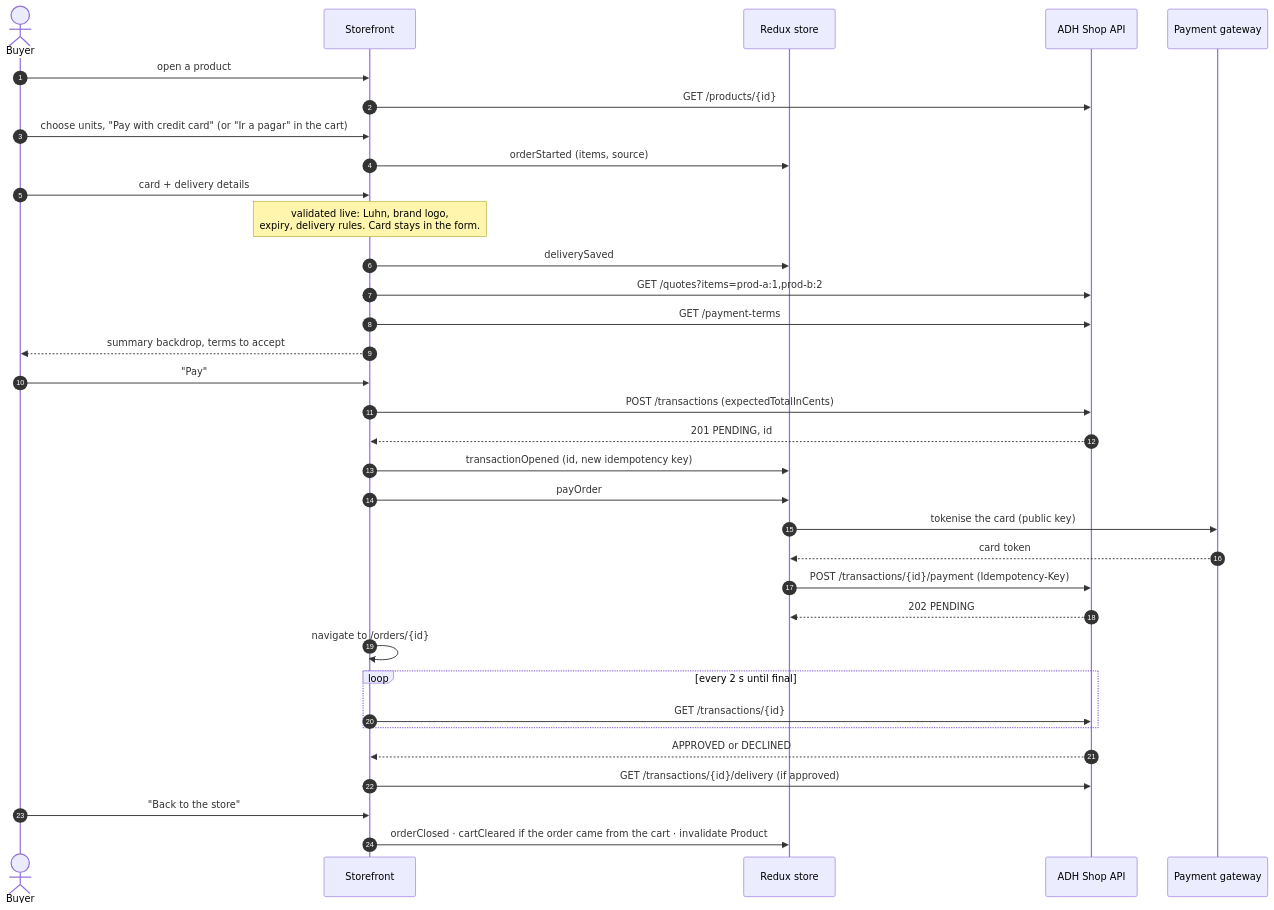
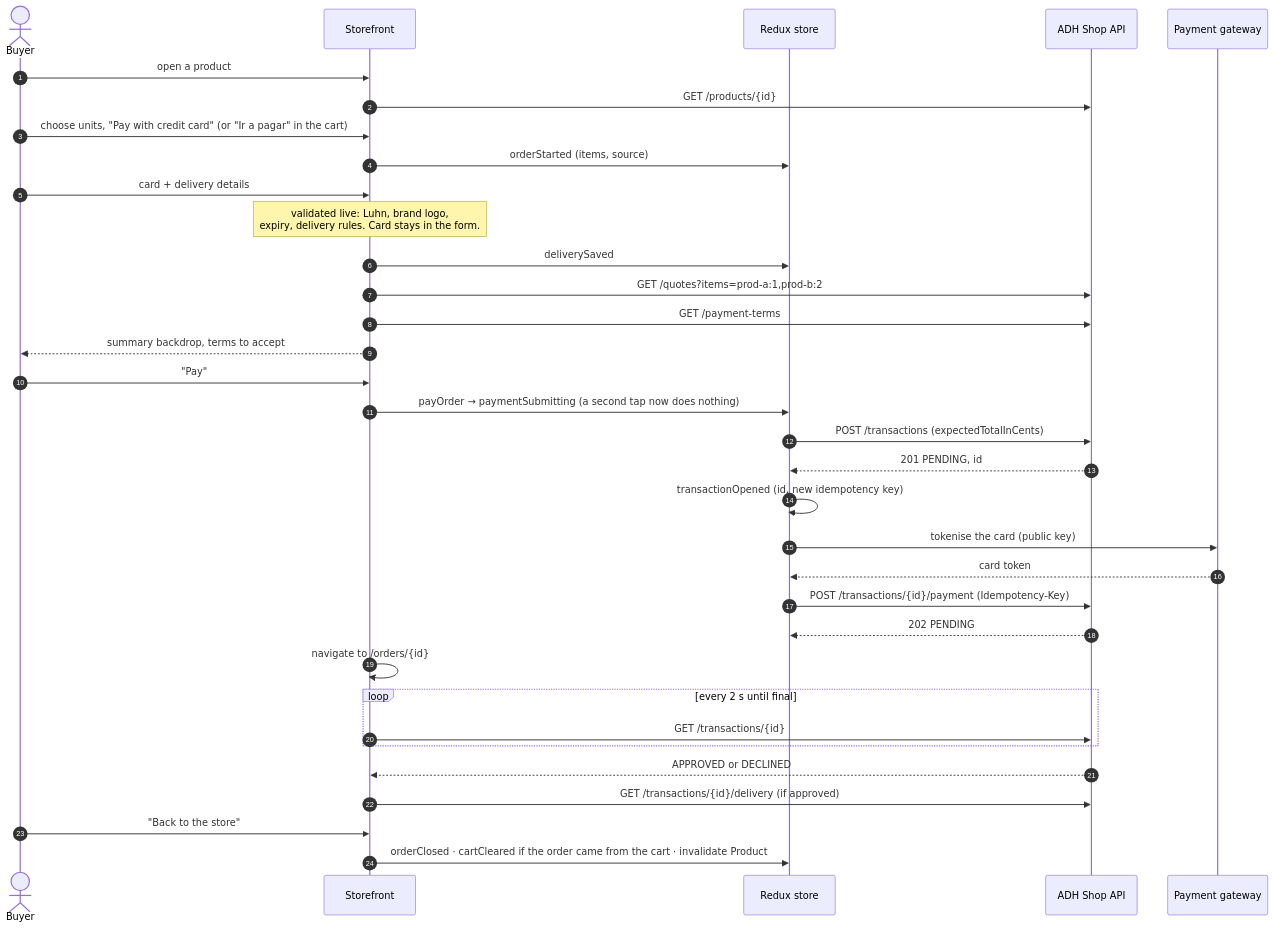
The diagram in docs/guide/checkout-flow.md (alfredo0607/adh-shop-web), drawn with Mermaid before and after one commit. The commit also changed other lines of this file and 9 other files, not shown here.

First line of the commit message:
fix: one transaction per payment attempt, and retries that find a payment that arrived

````diff
--- a/docs/guide/checkout-flow.md
+++ b/docs/guide/checkout-flow.md
@@ -19,37 +19,37 @@
 ```mermaid
 sequenceDiagram
     autonumber
     actor B as Buyer
     participant UI as Storefront
     participant S as Redux store
     participant A as ADH Shop API
     participant G as Payment gateway
 
     B->>UI: open a product
     UI->>A: GET /products/{id}
     B->>UI: choose units, "Pay with credit card" (or "Ir a pagar" in the cart)
     UI->>S: orderStarted (items, source)
     B->>UI: card + delivery details
     Note over UI: validated live: Luhn, brand logo,<br/>expiry, delivery rules. Card stays in the form.
     UI->>S: deliverySaved
     UI->>A: GET /quotes?items=prod-a:1,prod-b:2
     UI->>A: GET /payment-terms
     UI-->>B: summary backdrop, terms to accept
     B->>UI: "Pay"
-    UI->>A: POST /transactions (expectedTotalInCents)
-    A-->>UI: 201 PENDING, id
-    UI->>S: transactionOpened (id, new idempotency key)
-    UI->>S: payOrder
+    UI->>S: payOrder → paymentSubmitting (a second tap now does nothing)
+    S->>A: POST /transactions (expectedTotalInCents)
+    A-->>S: 201 PENDING, id
+    S->>S: transactionOpened (id, new idempotency key)
     S->>G: tokenise the card (public key)
     G-->>S: card token
     S->>A: POST /transactions/{id}/payment (Idempotency-Key)
     A-->>S: 202 PENDING
     UI->>UI: navigate to /orders/{id}
     loop every 2 s until final
         UI->>A: GET /transactions/{id}
     end
     A-->>UI: APPROVED or DECLINED
     UI->>A: GET /transactions/{id}/delivery (if approved)
     B->>UI: "Back to the store"
     UI->>S: orderClosed · cartCleared if the order came from the cart · invalidate Product
 ```
````
